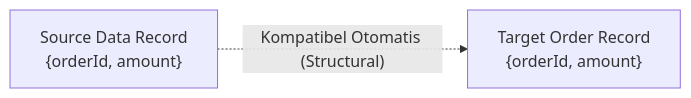
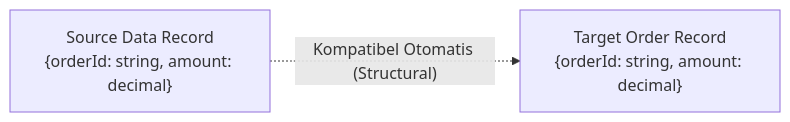
The second of 2 diagrams in materi/ballerina/02_data_types_dan_structural_typing.md (jovancamorris/assa-learn-tech), drawn with Mermaid before and after one commit. The commit also changed other lines of this file and 1 other file, not shown here.

Commit message:
docs(ballerina): lengkapi penjelasan definisi cara kerja dan use case tipe data modul 02

````diff
--- a/materi/ballerina/02_data_types_dan_structural_typing.md
+++ b/materi/ballerina/02_data_types_dan_structural_typing.md
@@ -115,4 +185,4 @@
 ```mermaid
 flowchart LR
-    SourceData["Source Data Record<br/>{orderId, amount}"] -.->|"Kompatibel Otomatis (Structural)"| TargetOrder["Target Order Record<br/>{orderId, amount}"]
+    SourceData["Source Data Record<br/>{orderId: string, amount: decimal}"] -.->|"Kompatibel Otomatis (Structural)"| TargetOrder["Target Order Record<br/>{orderId: string, amount: decimal}"]
 ```
````
